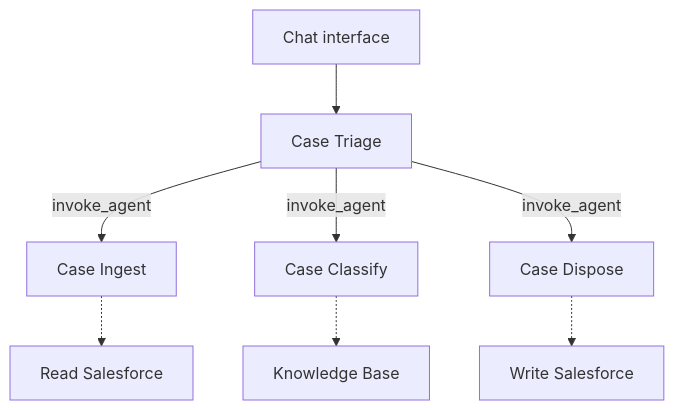
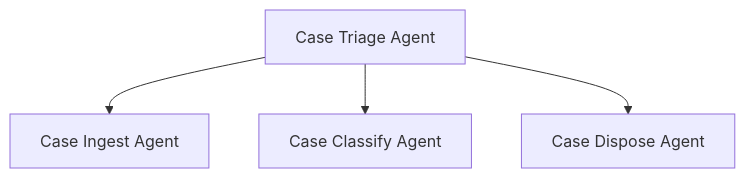
Before and after one commit to veryfront/agentic-case-processing-salesforce: the diagram in README.md, drawn with Mermaid. The commit also changed other lines of this file, not shown here.

Commit message:
docs: restore simplified architecture

````diff
--- a/README.md
+++ b/README.md
@@ -5,11 +5,6 @@
 ```mermaid
 flowchart TD
-  Chat["Chat interface"] --> Triage["Case Triage"]
-  Triage -->|invoke_agent| Ingest["Case Ingest"]
-  Triage -->|invoke_agent| Classify["Case Classify"]
-  Triage -->|invoke_agent| Dispose["Case Dispose"]
-
-  Ingest -.-> SalesforceRead["Read Salesforce"]
-  Classify -.-> Taxonomy["Knowledge Base"]
-  Dispose -.-> SalesforceWrite["Write Salesforce"]
+  Triage["Case Triage Agent"] --> Ingest["Case Ingest Agent"]
+  Triage["Case Triage Agent"] --> Classify["Case Classify Agent"]
+  Triage["Case Triage Agent"] --> Dispose["Case Dispose Agent"]
 ```
````
